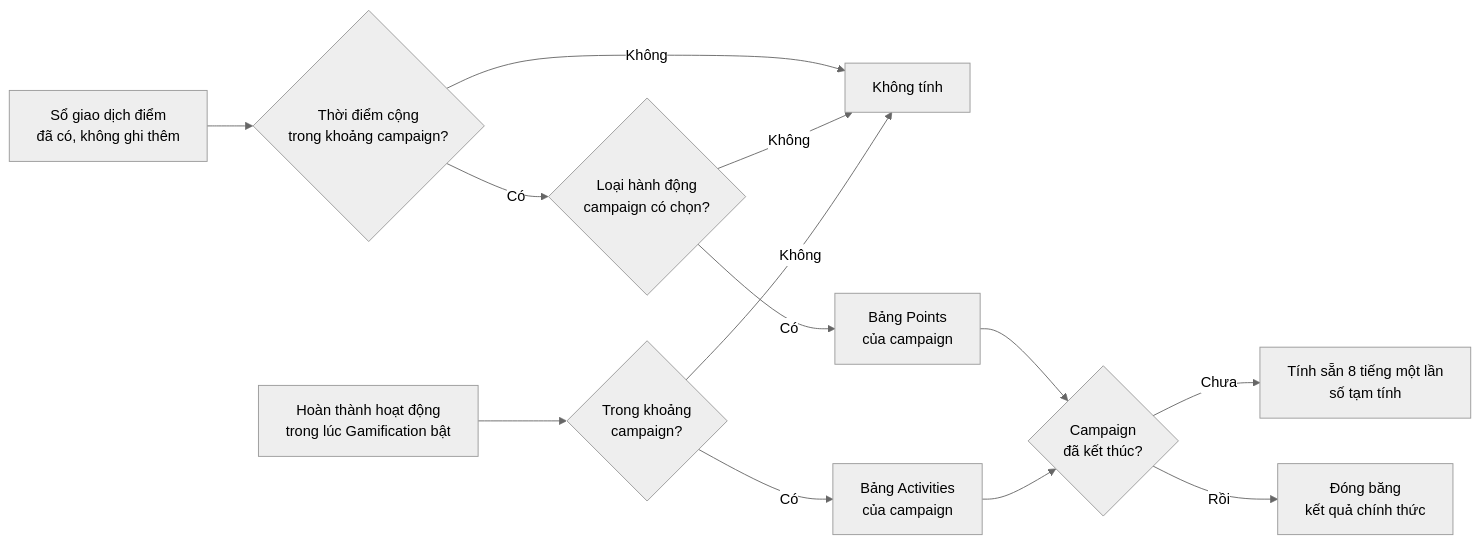
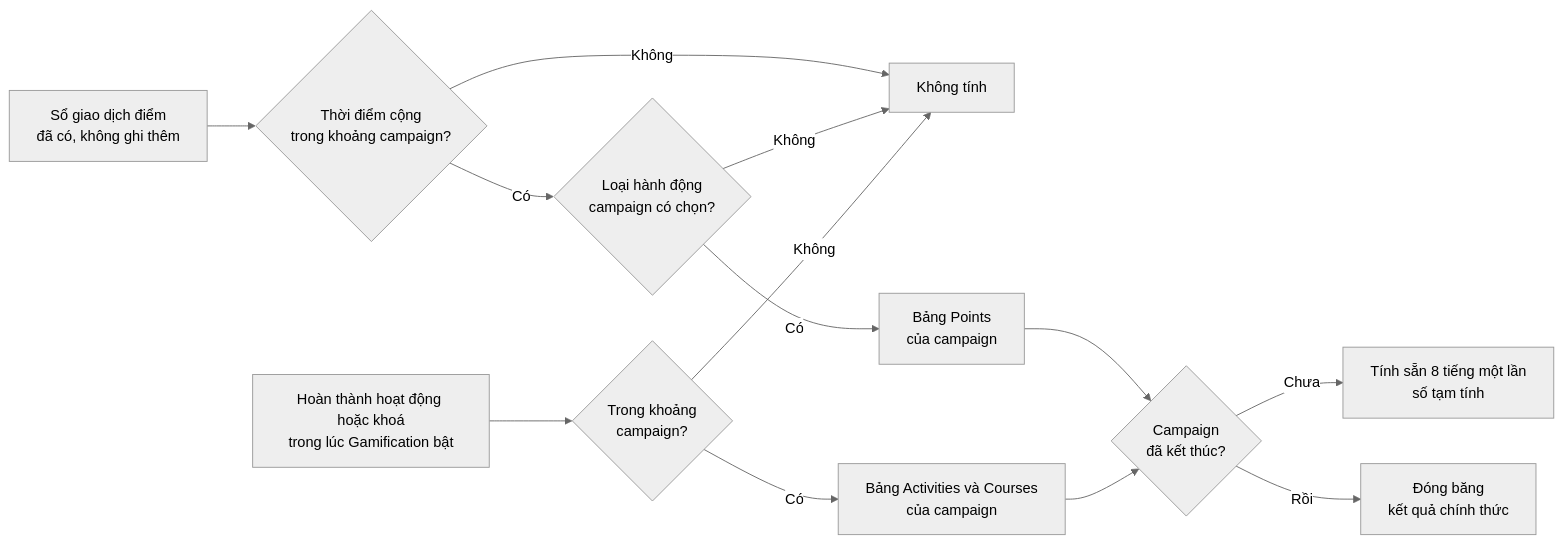
Diagram 11 of 11 in .claude/intents/260923-gamification/inception/prd/prd.md (sonhero981/upbase-specs-test), drawn with Mermaid (neutral theme) before and after one commit. The commit also changed other lines of this file and 20 other files, not shown here.

````diff
--- a/.claude/intents/260923-gamification/inception/prd/prd.md
+++ b/.claude/intents/260923-gamification/inception/prd/prd.md
@@ -2580,15 +2736,15 @@
 ```mermaid
 flowchart LR
     S["Sổ giao dịch điểm<br/>đã có, không ghi thêm"] --> F1{"Thời điểm cộng<br/>trong khoảng campaign?"}
     F1 -->|"Có"| F2{"Loại hành động<br/>campaign có chọn?"}
     F1 -->|"Không"| X["Không tính"]
     F2 -->|"Có"| P["Bảng Points<br/>của campaign"]
     F2 -->|"Không"| X
-    A["Hoàn thành hoạt động<br/>trong lúc Gamification bật"] --> F3{"Trong khoảng<br/>campaign?"}
-    F3 -->|"Có"| AC["Bảng Activities<br/>của campaign"]
+    A["Hoàn thành hoạt động hoặc khoá<br/>trong lúc Gamification bật"] --> F3{"Trong khoảng<br/>campaign?"}
+    F3 -->|"Có"| AC["Bảng Activities và Courses<br/>của campaign"]
     F3 -->|"Không"| X
     P --> R{"Campaign<br/>đã kết thúc?"}
     AC --> R
     R -->|"Chưa"| L["Tính sẵn 8 tiếng một lần<br/>số tạm tính"]
     R -->|"Rồi"| Z["Đóng băng<br/>kết quả chính thức"]
 ```
````
